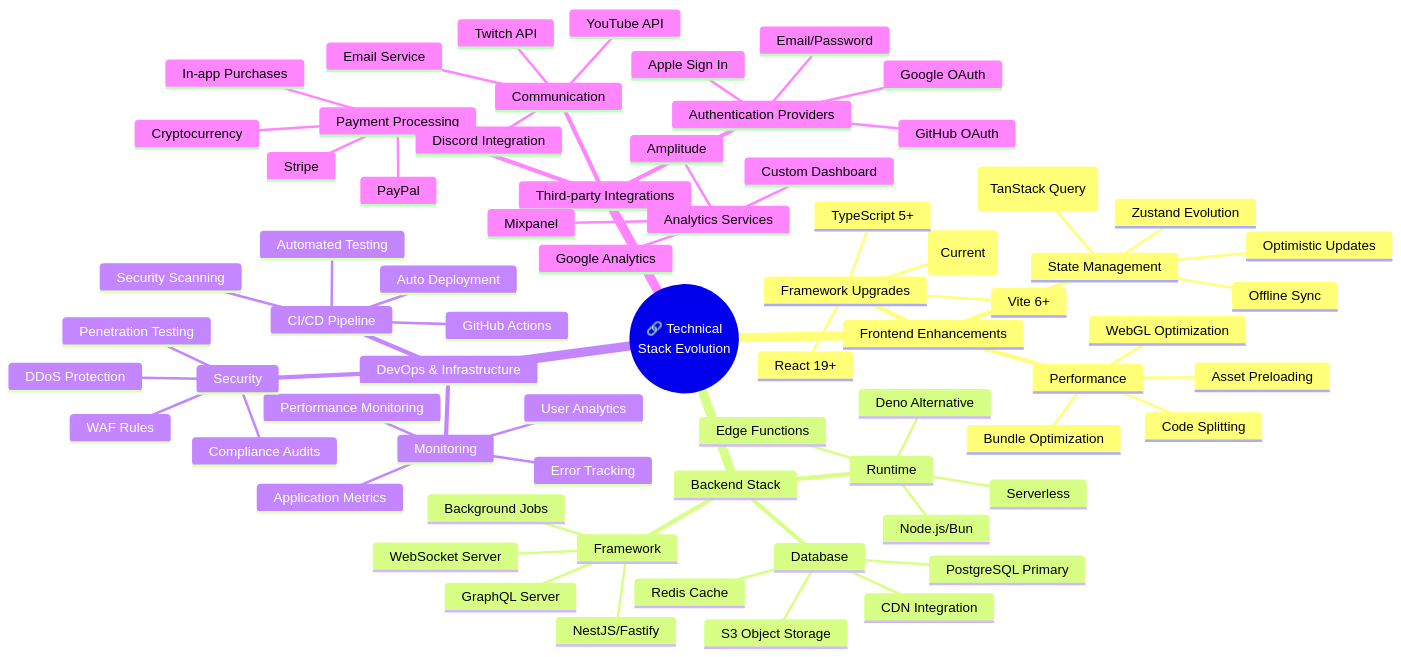
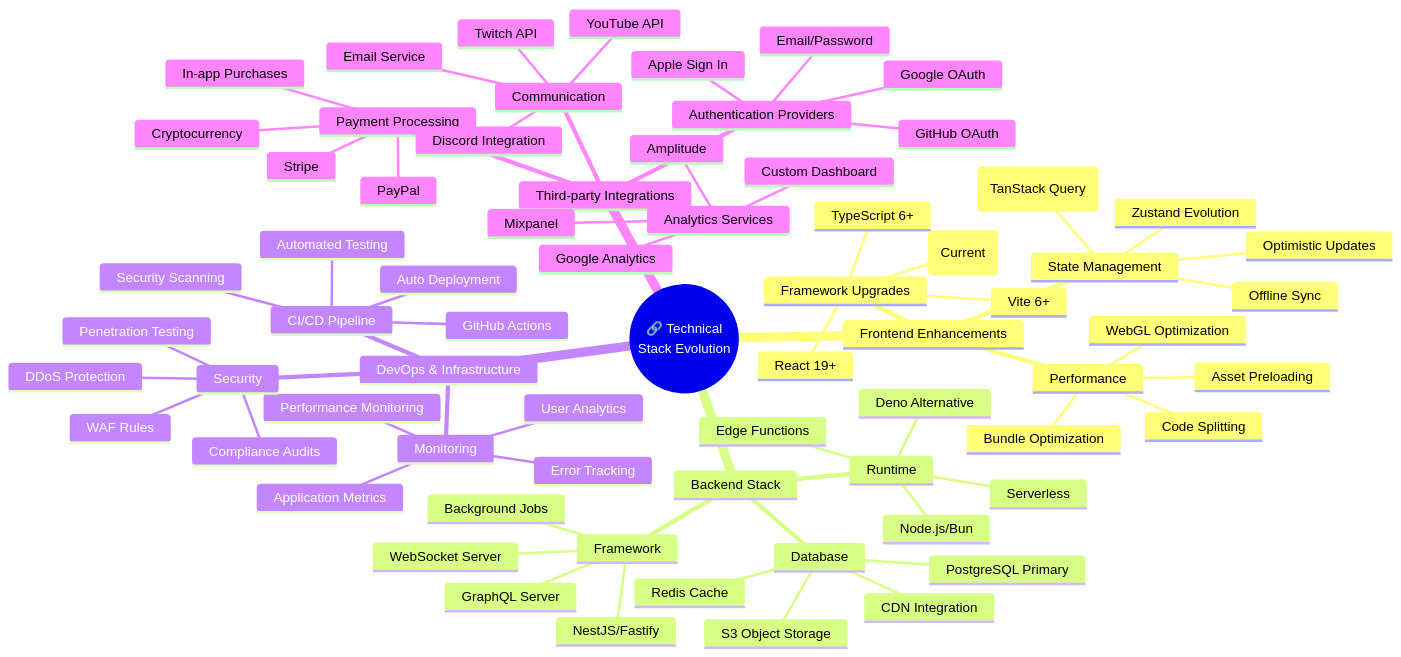
Before and after one commit to Hack23/blacktrigram: the fourth of 4 diagrams in FUTURE_MINDMAP.md, drawn with Mermaid. The commit also changed 34 other files, not shown here.

First line of the commit message:
chore: upgrade TypeScript 5.9.3 → 6.0.2 with TS6 breaking change fixes and documentation updates

````diff
--- a/FUTURE_MINDMAP.md
+++ b/FUTURE_MINDMAP.md
@@ -427,73 +427,73 @@
 ```mermaid
 mindmap
   root((🔗 Technical<br/>Stack Evolution))
     Frontend Enhancements
       Framework Upgrades
         React 19+
         Three.js (Current)
-        TypeScript 5+
+        TypeScript 6+
         Vite 6+
       State Management
         Zustand Evolution
         Server State (TanStack Query)
         Offline Sync
         Optimistic Updates
       Performance
         Code Splitting
         Bundle Optimization
         Asset Preloading
         WebGL Optimization
     Backend Stack
       Runtime
         Node.js/Bun
         Deno Alternative
         Edge Functions
         Serverless
       Framework
         NestJS/Fastify
         GraphQL Server
         WebSocket Server
         Background Jobs
       Database
         PostgreSQL Primary
         Redis Cache
         S3 Object Storage
         CDN Integration
     DevOps & Infrastructure
       CI/CD Pipeline
         GitHub Actions
         Automated Testing
         Security Scanning
         Auto Deployment
       Monitoring
         Application Metrics
         Error Tracking
         Performance Monitoring
         User Analytics
       Security
         WAF Rules
         DDoS Protection
         Penetration Testing
         Compliance Audits
     Third-party Integrations
       Authentication Providers
         Google OAuth
         GitHub OAuth
         Apple Sign In
         Email/Password
       Analytics Services
         Google Analytics
         Mixpanel
         Amplitude
         Custom Dashboard
       Payment Processing
         Stripe
         PayPal
         In-app Purchases
         Cryptocurrency
       Communication
         Discord Integration
         Twitch API
         YouTube API
         Email Service
 ```
````
